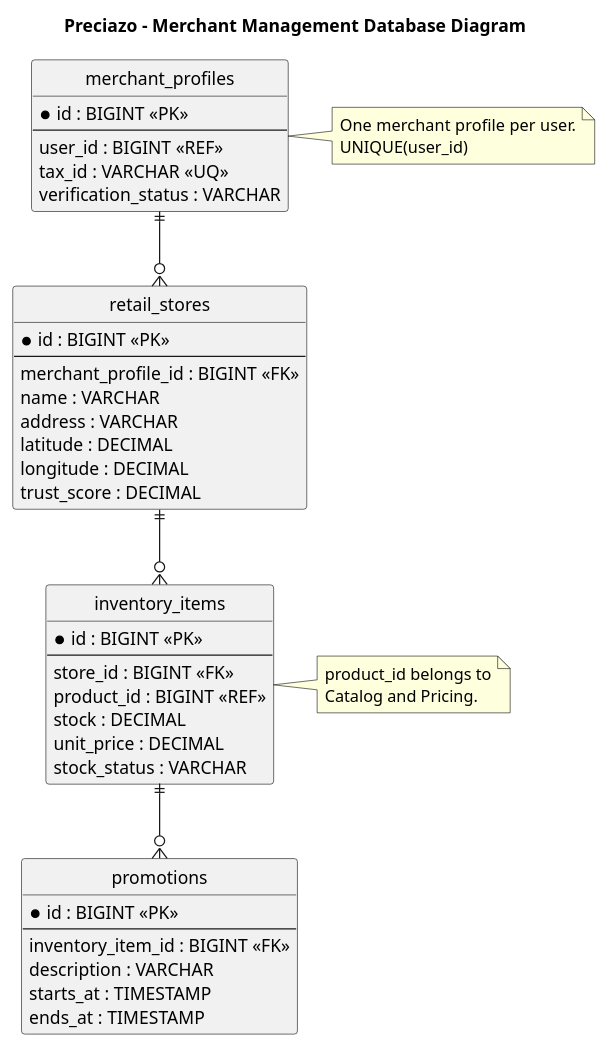
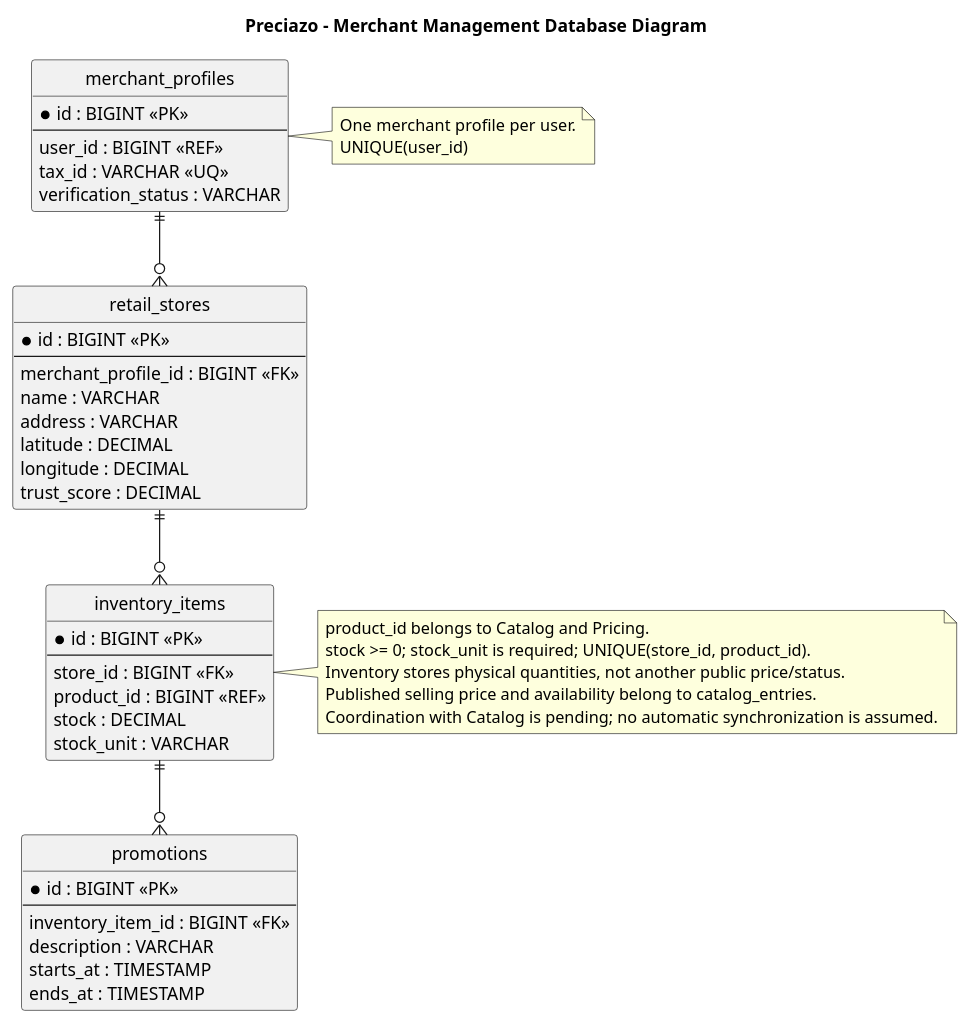
The diagram in docs/architecture/database/merchant-management.puml (Open-Source-1ASI0729-2620-7750/preciazo-report), drawn with PlantUML before and after one commit. The commit also changed 15 other files, not shown here.

Commit message:
docs(catalog-pricing): refine AV2 design and clarify inventory ownership

```diff
--- a/docs/architecture/database/merchant-management.puml
+++ b/docs/architecture/database/merchant-management.puml
@@ -1,60 +1,62 @@
 @startuml Preciazo_DB_Merchant_Management
 
 title Preciazo - Merchant Management Database Diagram
 
 hide circle
 skinparam linetype ortho
 
 entity merchant_profiles {
     * id : BIGINT <<PK>>
     --
     user_id : BIGINT <<REF>>
     tax_id : VARCHAR <<UQ>>
     verification_status : VARCHAR
 }
 
 entity retail_stores {
     * id : BIGINT <<PK>>
     --
     merchant_profile_id : BIGINT <<FK>>
     name : VARCHAR
     address : VARCHAR
     latitude : DECIMAL
     longitude : DECIMAL
     trust_score : DECIMAL
 }
 
 entity inventory_items {
     * id : BIGINT <<PK>>
     --
     store_id : BIGINT <<FK>>
     product_id : BIGINT <<REF>>
     stock : DECIMAL
-    unit_price : DECIMAL
-    stock_status : VARCHAR
+    stock_unit : VARCHAR
 }
 
 entity promotions {
     * id : BIGINT <<PK>>
     --
     inventory_item_id : BIGINT <<FK>>
     description : VARCHAR
     starts_at : TIMESTAMP
     ends_at : TIMESTAMP
 }
 
 merchant_profiles ||--o{ retail_stores
 retail_stores ||--o{ inventory_items
 inventory_items ||--o{ promotions
 
 note right of inventory_items
-  product_id belongs to
-  Catalog and Pricing.
+  product_id belongs to Catalog and Pricing.
+  stock >= 0; stock_unit is required; UNIQUE(store_id, product_id).
+  Inventory stores physical quantities, not another public price/status.
+  Published selling price and availability belong to catalog_entries.
+  Coordination with Catalog is pending; no automatic synchronization is assumed.
 end note
 
 note right of merchant_profiles
   One merchant profile per user.
   UNIQUE(user_id)
 end note
 
 @enduml
```
